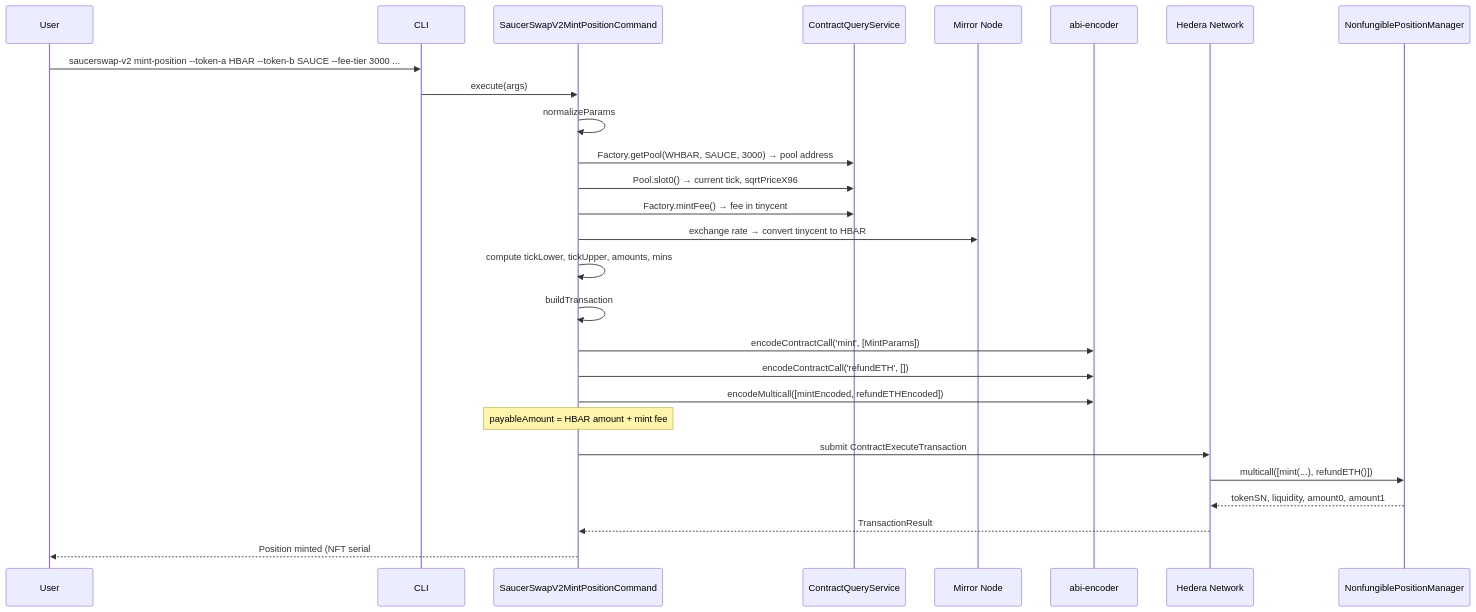
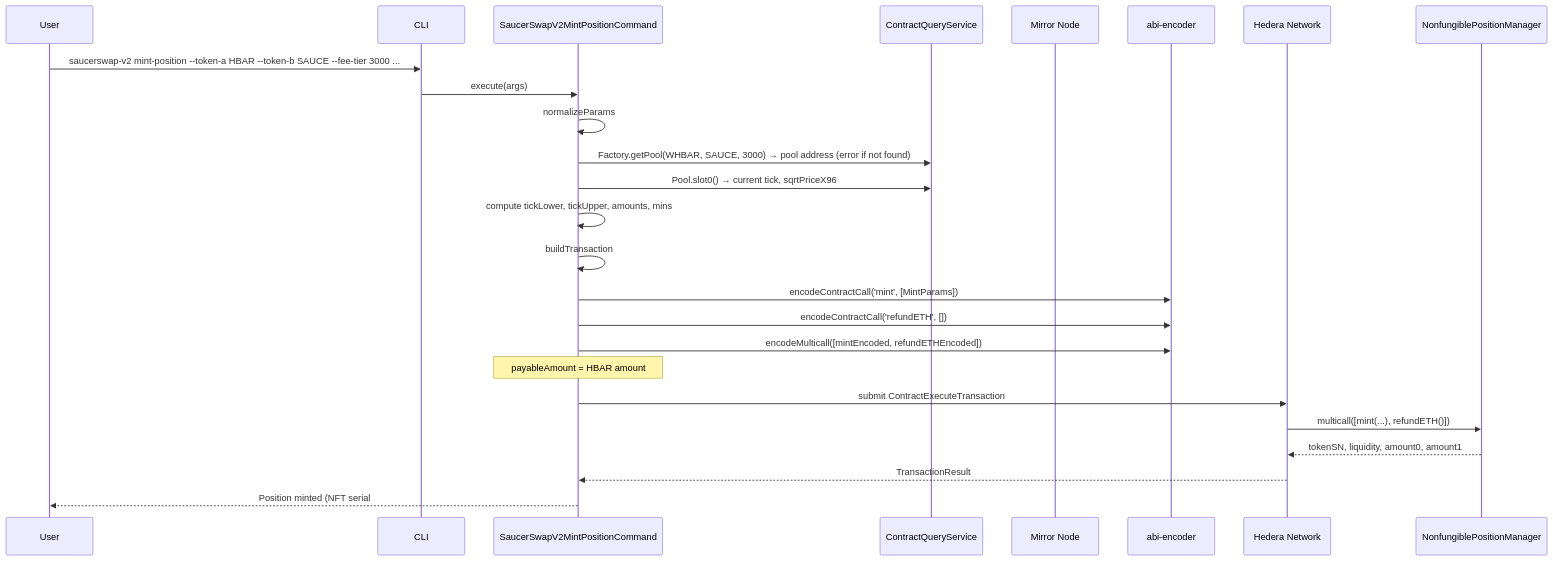
The second of 3 diagrams in docs/adr/ADR-014-saucerswap-v2-dex-plugin.md (hiero-ledger/hiero-cli), drawn with Mermaid before and after one commit. The commit also changed other lines of this file and 1 other file, not shown here.

````diff
--- a/docs/adr/ADR-014-saucerswap-v2-dex-plugin.md
+++ b/docs/adr/ADR-014-saucerswap-v2-dex-plugin.md
@@ -832,33 +828,31 @@
 ```mermaid
 sequenceDiagram
     participant User
     participant CLI
     participant MintCmd as SaucerSwapV2MintPositionCommand
     participant Query as ContractQueryService
     participant Mirror as Mirror Node
     participant AbiEnc as abi-encoder
     participant Network as Hedera Network
     participant NFTMgr as NonfungiblePositionManager
 
     User->>CLI: saucerswap-v2 mint-position --token-a HBAR --token-b SAUCE --fee-tier 3000 ...
     CLI->>MintCmd: execute(args)
     MintCmd->>MintCmd: normalizeParams
-    MintCmd->>Query: Factory.getPool(WHBAR, SAUCE, 3000) → pool address
+    MintCmd->>Query: Factory.getPool(WHBAR, SAUCE, 3000) → pool address (error if not found)
     MintCmd->>Query: Pool.slot0() → current tick, sqrtPriceX96
-    MintCmd->>Query: Factory.mintFee() → fee in tinycent
-    MintCmd->>Mirror: exchange rate → convert tinycent to HBAR
     MintCmd->>MintCmd: compute tickLower, tickUpper, amounts, mins
 
     MintCmd->>MintCmd: buildTransaction
     MintCmd->>AbiEnc: encodeContractCall('mint', [MintParams])
     MintCmd->>AbiEnc: encodeContractCall('refundETH', [])
     MintCmd->>AbiEnc: encodeMulticall([mintEncoded, refundETHEncoded])
-    Note over MintCmd: payableAmount = HBAR amount + mint fee
+    Note over MintCmd: payableAmount = HBAR amount
 
     MintCmd->>Network: submit ContractExecuteTransaction
     Network->>NFTMgr: multicall([mint(...), refundETH()])
     NFTMgr-->>Network: tokenSN, liquidity, amount0, amount1
     Network-->>MintCmd: TransactionResult
 
     MintCmd-->>User: Position minted (NFT serial #, liquidity, amounts)
 ```
````
